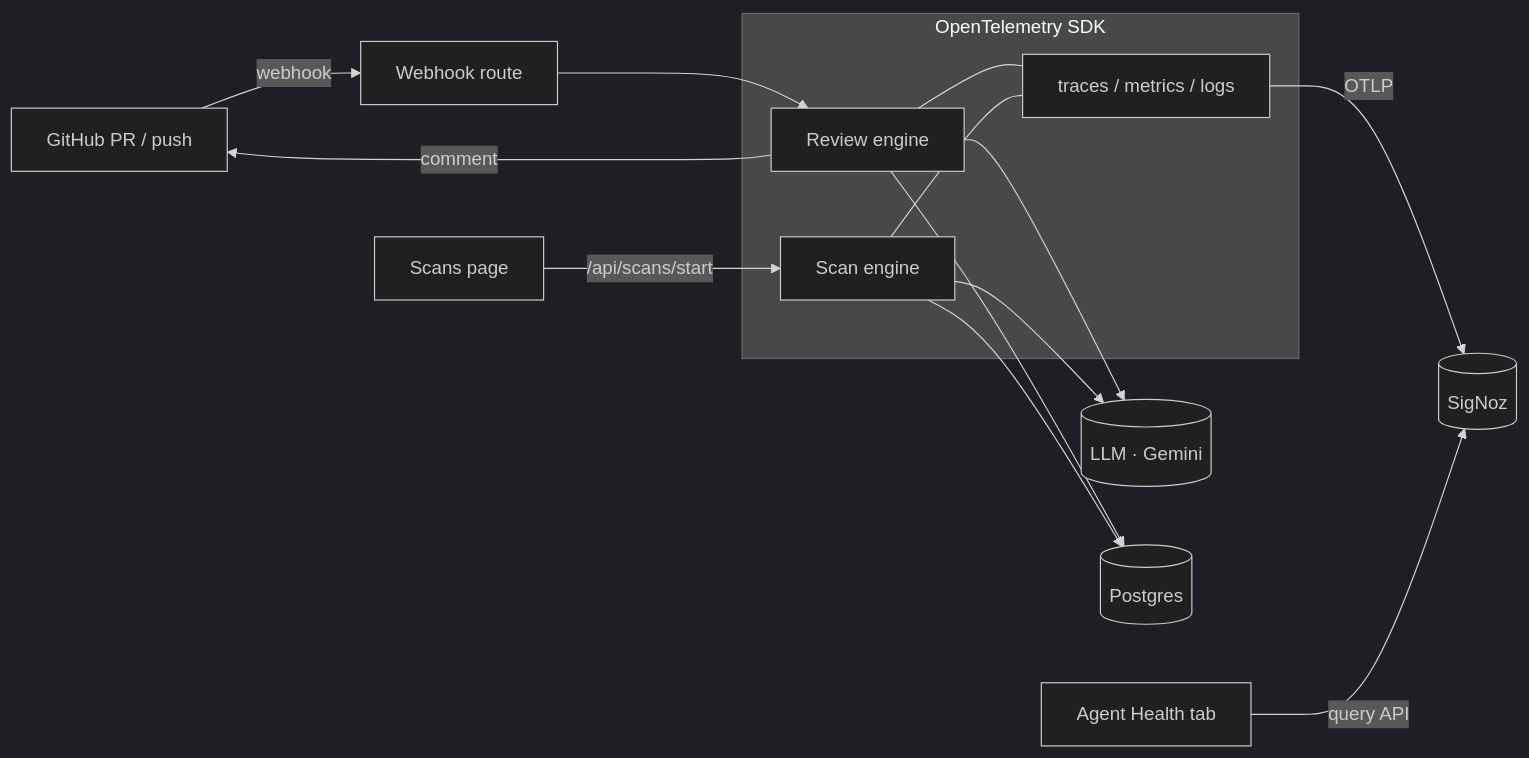
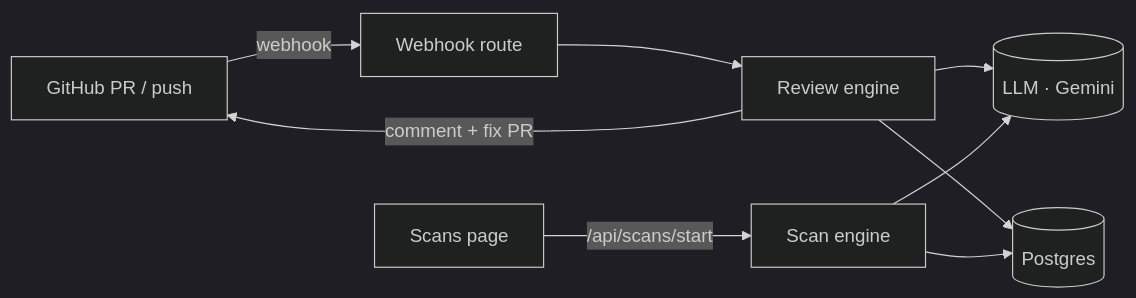
Before and after one commit to devtofunmi/jargons: the diagram in README.md, drawn with Mermaid (dark theme). The commit also changed other lines of this file, not shown here.

````diff
--- a/README.md
+++ b/README.md
@@ -59,17 +22,11 @@
 ```mermaid
 flowchart LR
   GH[GitHub PR / push] -->|webhook| WH[Webhook route]
   UI[Scans page] -->|/api/scans/start| SC[Scan engine]
   WH --> RE[Review engine]
   RE --> LLM[(LLM · Gemini)]
   SC --> LLM
   RE --> PG[(Postgres)]
   SC --> PG
-  RE -->|comment| GH
-  subgraph OTEL[OpenTelemetry SDK]
-    RE --- T[traces / metrics / logs]
-    SC --- T
-  end
-  T -->|OTLP| SZ[(SigNoz)]
-  AH[Agent Health tab] -->|query API| SZ
+  RE -->|comment + fix PR| GH
 ```
````
